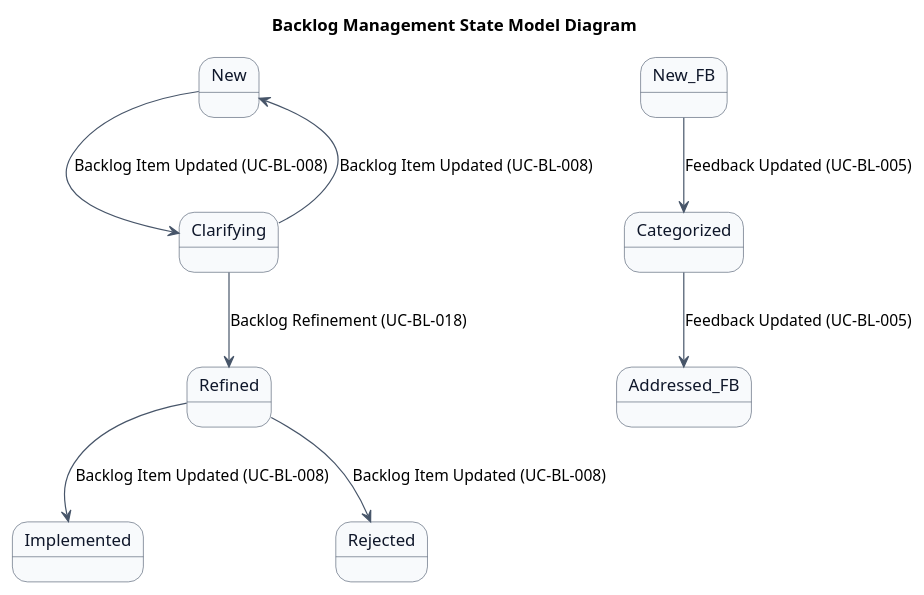
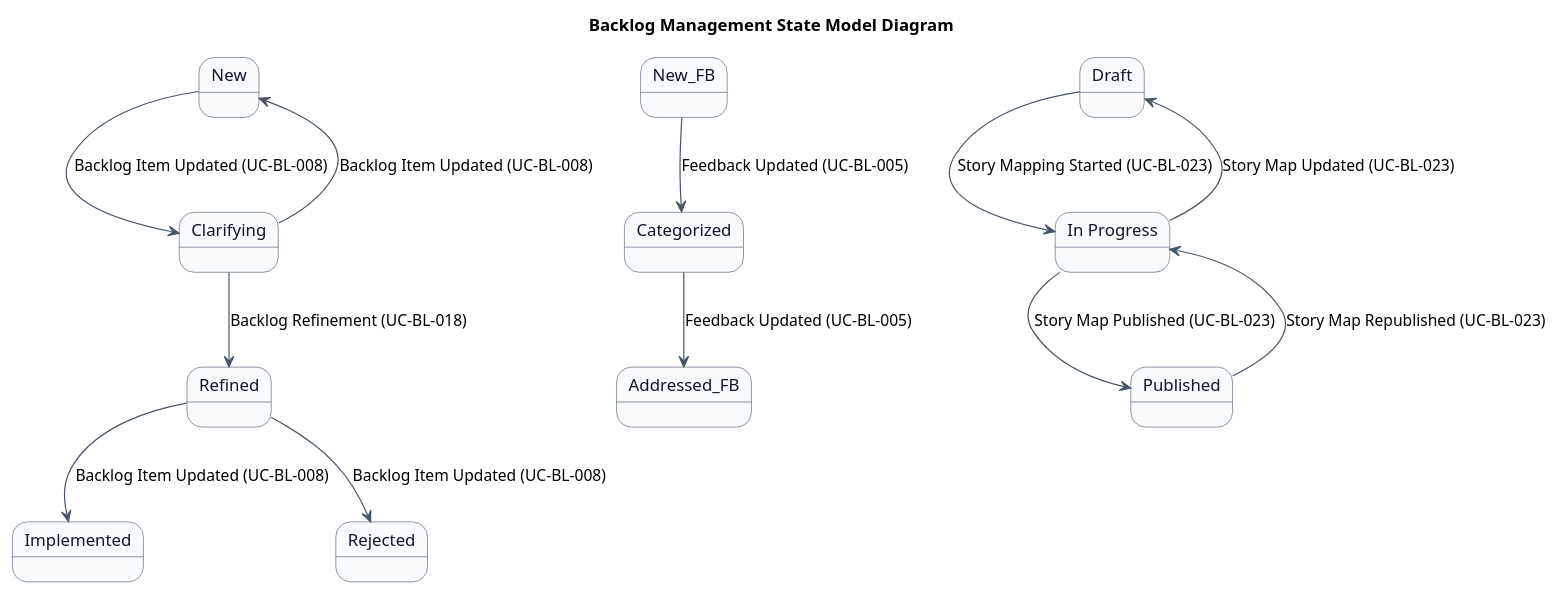
The first of 2 diagrams in docs/22 要件定義書/AG アジルーム/03 機能要件/AG-02 要求バックログ管理/04.システム/02.ステート/ステートマシン図.md (mizo432/modulith-learning), drawn with PlantUML before and after one commit. The commit also changed other lines of this file and 21 other files, not shown here.

First line of the commit message:
docs: Add Story Mapping ER and state machine diagrams for AG-02

````diff
--- a/docs/22 要件定義書/AG アジルーム/03 機能要件/AG-02 要求バックログ管理/04.システム/02.ステート/ステートマシン図.md
+++ b/docs/22 要件定義書/AG アジルーム/03 機能要件/AG-02 要求バックログ管理/04.システム/02.ステート/ステートマシン図.md
@@ -11,35 +11,46 @@
 ```plantuml
 @startuml
 title Backlog Management State Model Diagram
 skinparam state {
   BackgroundColor #F8FAFC
   BorderColor #475569
   FontColor #0F172A
 }
 skinparam arrowColor #475569
 skinparam shadowing false
 
 ' Backlog Item states
 state "New" as New_BL <<entry>>
 state "Clarifying" as Clarifying_BL
 state "Refined" as Refined_BL
 state "Implemented" as Implemented_BL <<exit>>
 state "Rejected" as Rejected_BL <<exit>>
 
 ' Feedback states
 state "New_FB" as New_FB <<entry>>
 state "Categorized" as Categorized_FB
 state "Addressed_FB" as Addressed_FB <<exit>>
 
 ' Backlog Item transitions
 New_BL --> Clarifying_BL : Backlog Item Updated (UC-BL-008)
 Clarifying_BL --> New_BL : Backlog Item Updated (UC-BL-008)
 Clarifying_BL --> Refined_BL : Backlog Refinement (UC-BL-018)
 Refined_BL --> Implemented_BL : Backlog Item Updated (UC-BL-008)
 Refined_BL --> Rejected_BL : Backlog Item Updated (UC-BL-008)
 
 ' Feedback transitions
 New_FB --> Categorized_FB : Feedback Updated (UC-BL-005)
 Categorized_FB --> Addressed_FB : Feedback Updated (UC-BL-005)
+
+' Story Map states
+state "Draft" as Draft_SM <<entry>>
+state "In Progress" as InProgress_SM
+state "Published" as Published_SM <<exit>>
+
+' Story Map transitions
+Draft_SM --> InProgress_SM : Story Mapping Started (UC-BL-023)
+InProgress_SM --> Draft_SM : Story Map Updated (UC-BL-023)
+InProgress_SM --> Published_SM : Story Map Published (UC-BL-023)
+Published_SM --> InProgress_SM : Story Map Republished (UC-BL-023)
 @enduml
 ```
````
